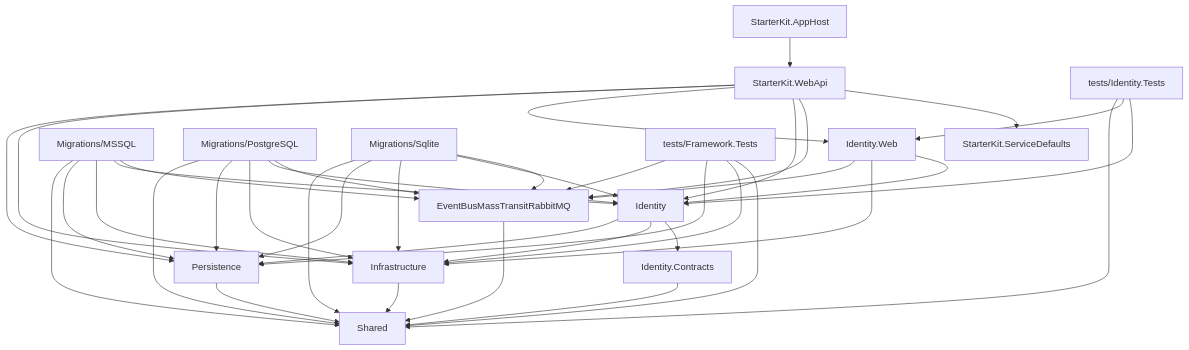
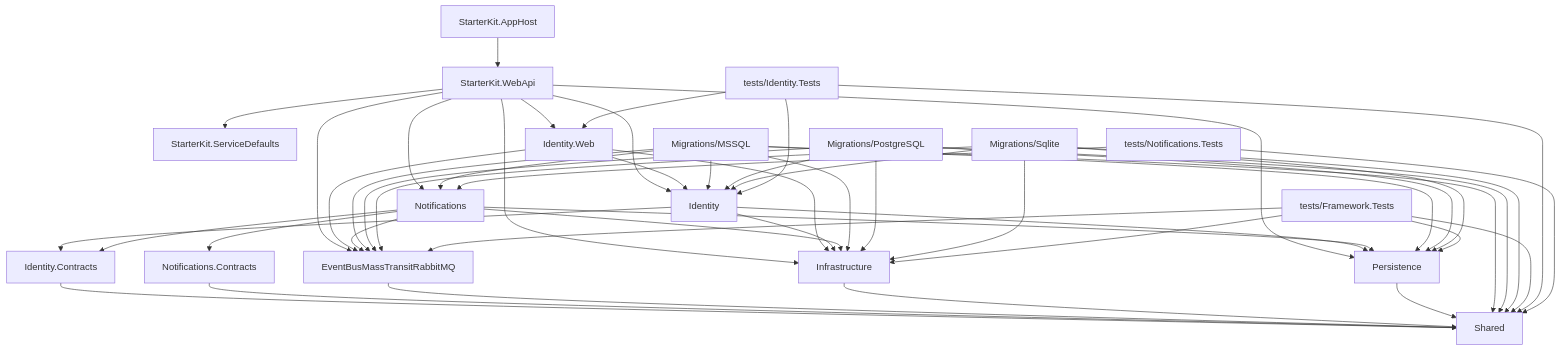
The diagram in docs/architecture/dependency-graph.md (lightdotnet/ModularMonolith), drawn with Mermaid before and after one commit. The commit also changed other lines of this file and 23 other files, not shown here.

````diff
--- a/docs/architecture/dependency-graph.md
+++ b/docs/architecture/dependency-graph.md
@@ -7,48 +7,61 @@
 ```mermaid
 graph TD
     AppHost["StarterKit.AppHost"]
     WebApi["StarterKit.WebApi"]
     SD["StarterKit.ServiceDefaults"]
     IdW["Identity.Web"]
     Id["Identity"]
     IdC["Identity.Contracts"]
+    Not["Notifications"]
+    NotC["Notifications.Contracts"]
     Bus["EventBusMassTransitRabbitMQ"]
     Infra["Infrastructure"]
     Pers["Persistence"]
     Shared["Shared"]
     MigMs["Migrations/MSSQL"]
     MigPg["Migrations/PostgreSQL"]
     MigSl["Migrations/Sqlite"]
     FT["tests/Framework.Tests"]
     IT["tests/Identity.Tests"]
+    NT["tests/Notifications.Tests"]
 
     AppHost --> WebApi
     WebApi --> SD
     WebApi --> Bus
     WebApi --> Id
     WebApi --> IdW
+    WebApi --> Not
     WebApi --> Infra
     WebApi --> Pers
     IdW --> Id
     IdW --> Infra
     IdW --> Bus
     Id --> IdC
     Id --> Infra
     Id --> Pers
     IdC --> Shared
+    Not --> NotC
+    Not --> IdC
+    Not --> Infra
+    Not --> Pers
+    Not --> Bus
+    NotC --> Shared
     Bus --> Shared
     Infra --> Shared
     Pers --> Shared
     MigMs & MigPg & MigSl --> Bus
     MigMs & MigPg & MigSl --> Id
     MigMs & MigPg & MigSl --> Infra
     MigMs & MigPg & MigSl --> Pers
     MigMs & MigPg & MigSl --> Shared
+    MigMs --> Not
     FT --> Shared
     FT --> Infra
     FT --> Pers
     FT --> Bus
     IT --> Id
     IT --> IdW
     IT --> Shared
+    NT --> Not
+    NT --> Shared
 ```
````
